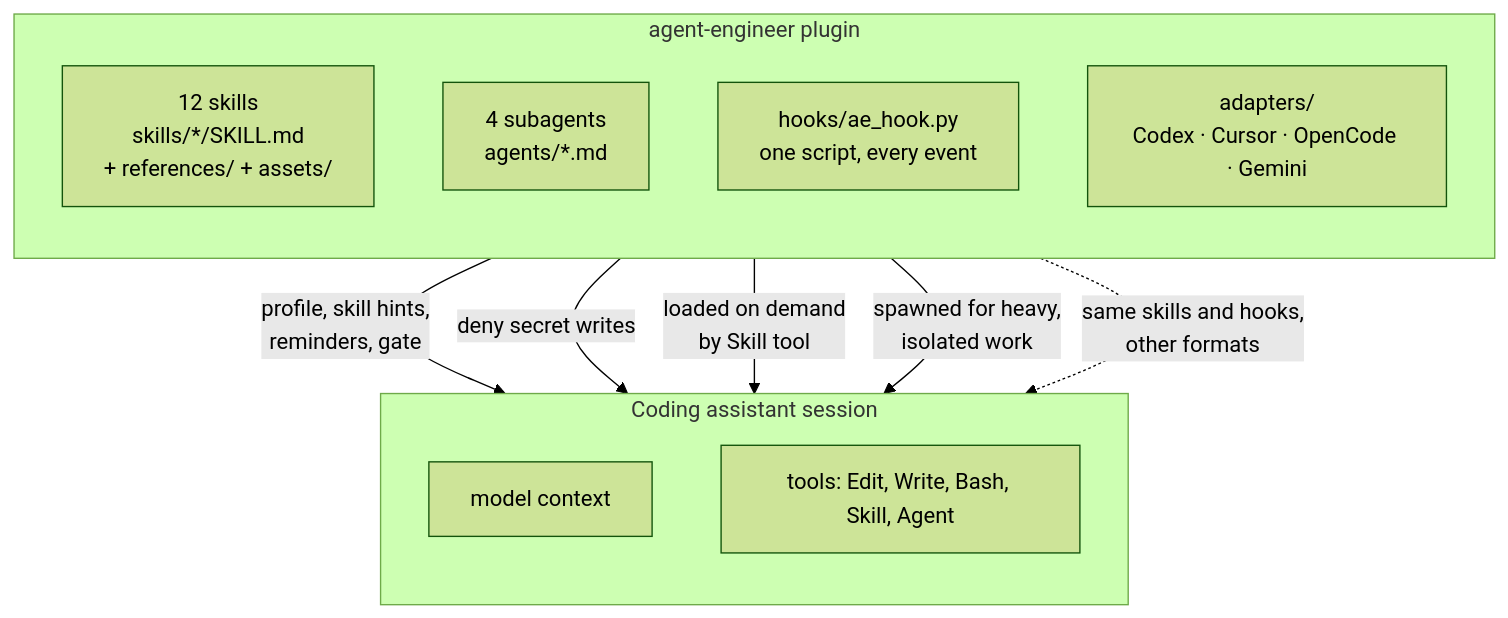
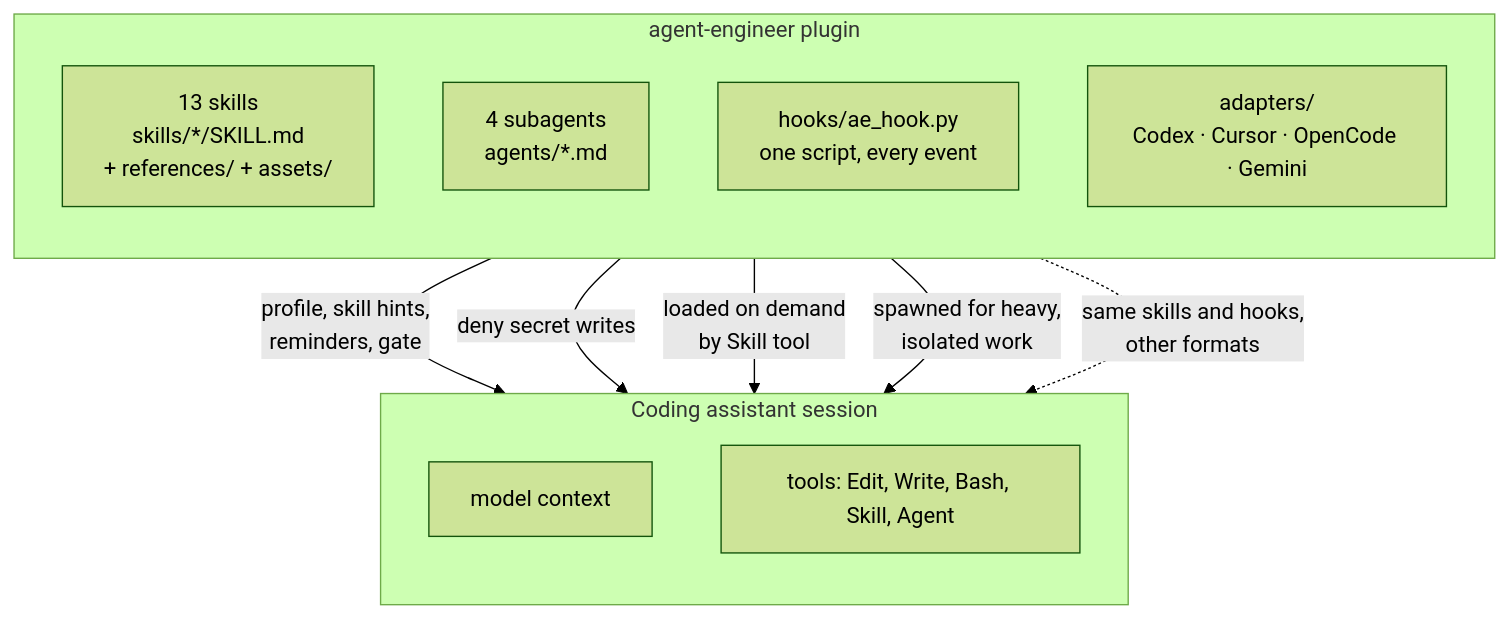
One commit to sarthakrastogi/agent-engineer changed the fifth of 9 diagrams in docs/README.md. Above: the diagram before and after it, drawn with Mermaid (forest theme). The commit also changed other lines of this file and 24 other files, not shown here.

````diff
--- a/docs/README.md
+++ b/docs/README.md
@@ -342,20 +342,20 @@
 ```mermaid
 flowchart TB
     subgraph Plugin["agent-engineer plugin"]
         direction TB
-        S["12 skills<br/>skills/*/SKILL.md<br/>+ references/ + assets/"]
+        S["13 skills<br/>skills/*/SKILL.md<br/>+ references/ + assets/"]
         A["4 subagents<br/>agents/*.md"]
         H["hooks/ae_hook.py<br/>one script, every event"]
         Ad["adapters/<br/>Codex · Cursor · OpenCode · Gemini"]
     end
     subgraph Assistant["Coding assistant session"]
         direction TB
         Ctx["model context"]
         Tools["tools: Edit, Write, Bash, Skill, Agent"]
     end
     H -- "profile, skill hints,<br/>reminders, gate" --> Ctx
     H -- "deny secret writes" --> Tools
     S -- "loaded on demand<br/>by Skill tool" --> Ctx
     A -- "spawned for heavy,<br/>isolated work" --> Tools
     Ad -. "same skills and hooks,<br/>other formats" .-> Assistant
 ```
````
